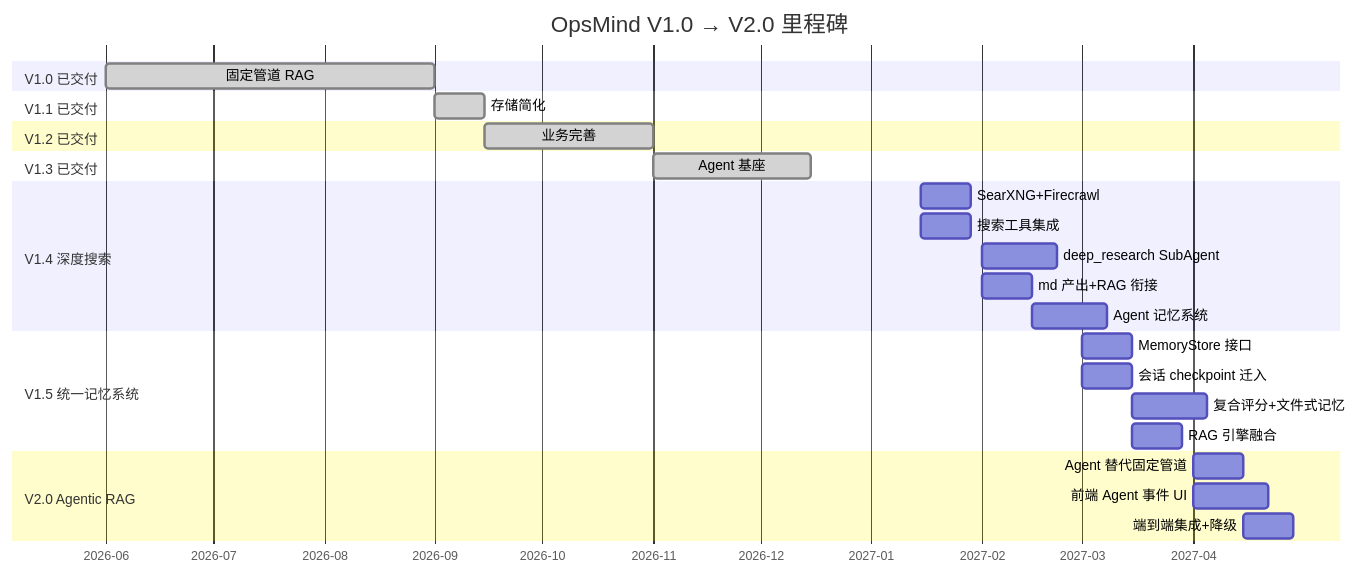
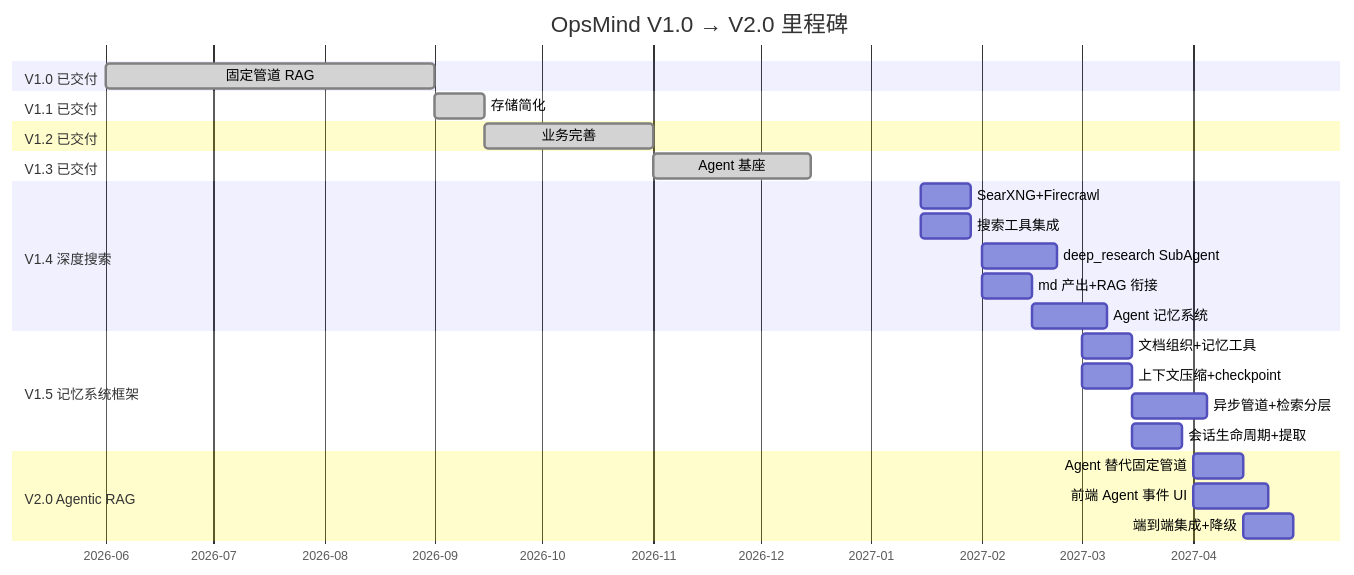
Before and after one commit to int2t05/Cognik: the sixth of 6 diagrams in docs/ROADMAP.md, drawn with Mermaid. The commit also changed other lines of this file, not shown here.

First line of the commit message:
docs(roadmap): V1.5 改为记忆系统框架 — 对齐设计文档

````diff
--- a/docs/ROADMAP.md
+++ b/docs/ROADMAP.md
@@ -400,36 +448,36 @@
 ```mermaid
 gantt
     title OpsMind V1.0 → V2.0 里程碑
     dateFormat YYYY-MM-DD
     axisFormat %Y-%m
 
     section V1.0 已交付
     固定管道 RAG         :done, v1, 2026-06-01, 2026-09-01
 
     section V1.1 已交付
     存储简化             :done, v11, 2026-09-01, 2026-09-15
 
     section V1.2 已交付
     业务完善             :done, v12, 2026-09-15, 2026-11-01
 
     section V1.3 已交付
     Agent 基座           :done, v13, 2026-11-01, 2026-12-15
 
     section V1.4 深度搜索
     SearXNG+Firecrawl    :v14a, 2027-01-15, 14d
     搜索工具集成          :v14b, 2027-01-15, 14d
     deep_research SubAgent :v14c, 2027-02-01, 21d
     md 产出+RAG 衔接      :v14d, 2027-02-01, 14d
     Agent 记忆系统       :v14e, 2027-02-15, 21d
 
-    section V1.5 统一记忆系统
-    MemoryStore 接口     :v15a, 2027-03-01, 14d
-    会话 checkpoint 迁入  :v15b, 2027-03-01, 14d
-    复合评分+文件式记忆   :v15c, 2027-03-15, 21d
-    RAG 引擎融合          :v15d, 2027-03-15, 14d
+    section V1.5 记忆系统框架
+    文档组织+记忆工具     :v15a, 2027-03-01, 14d
+    上下文压缩+checkpoint  :v15b, 2027-03-01, 14d
+    异步管道+检索分层      :v15c, 2027-03-15, 21d
+    会话生命周期+提取      :v15d, 2027-03-15, 14d
 
     section V2.0 Agentic RAG
     Agent 替代固定管道    :v20a, 2027-04-01, 14d
     前端 Agent 事件 UI    :v20b, 2027-04-01, 21d
     端到端集成+降级       :v20c, 2027-04-15, 14d
 ```
````
